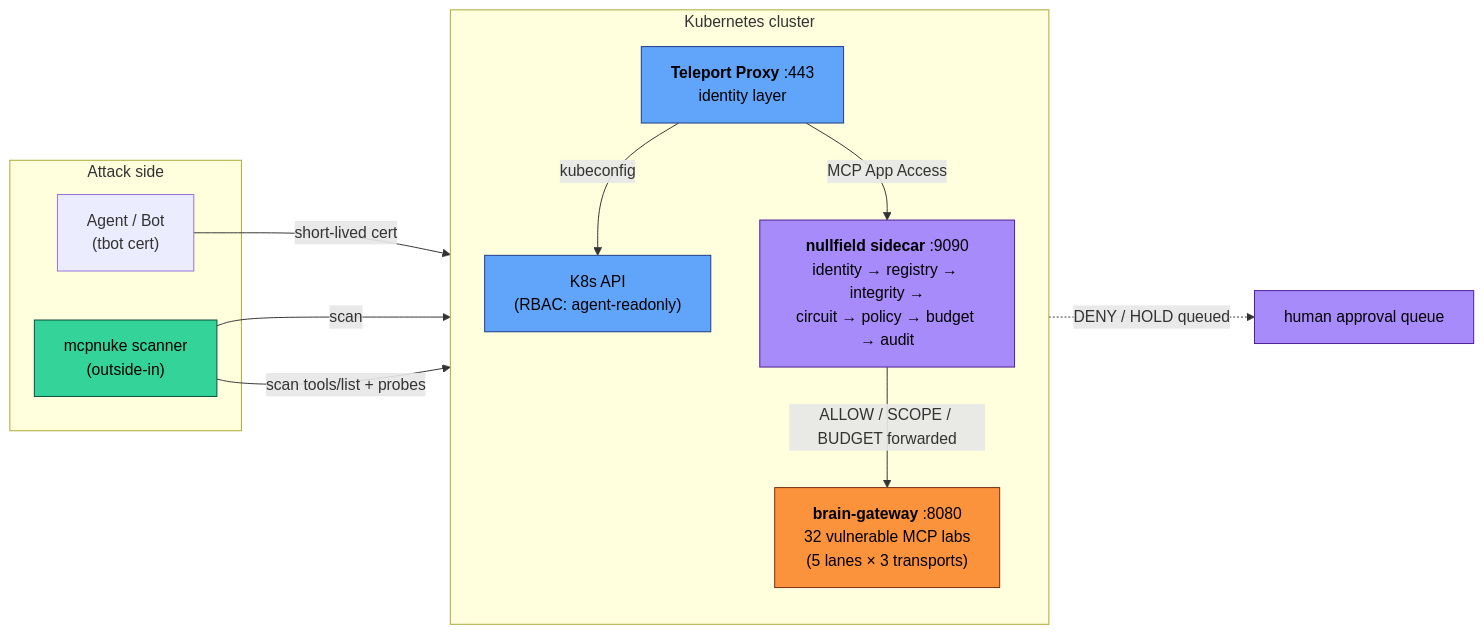
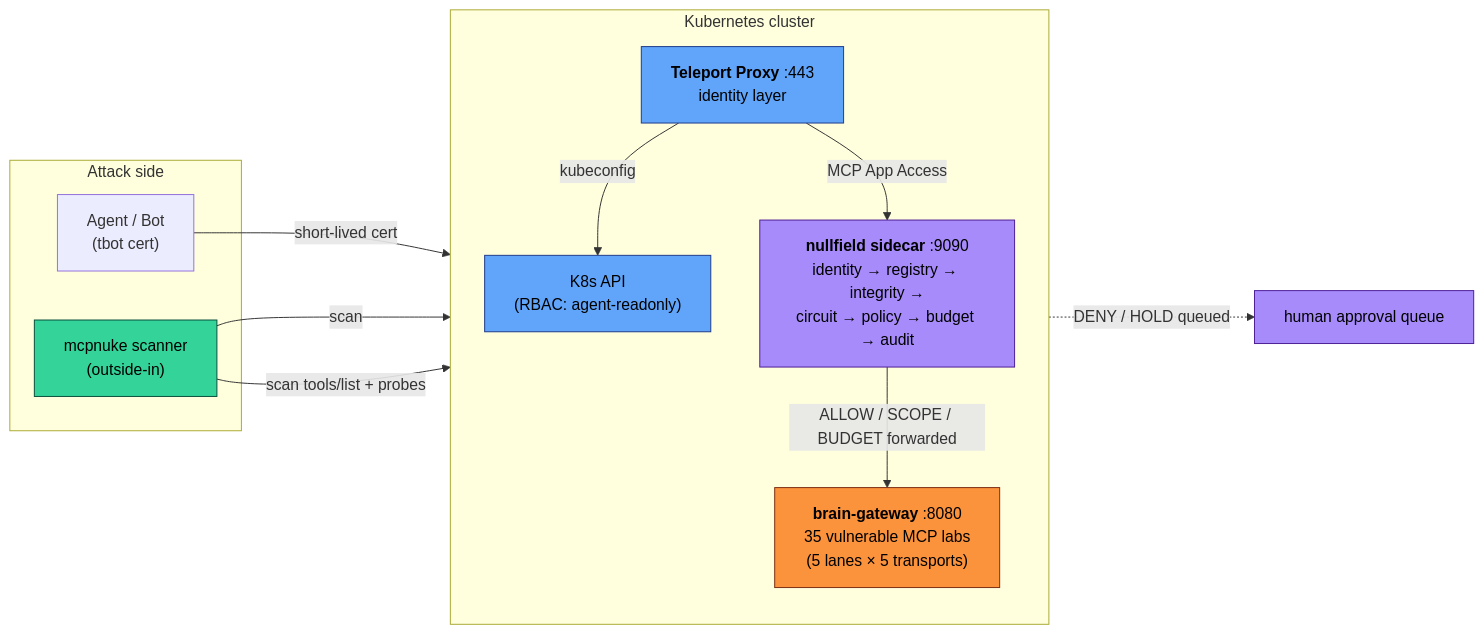
The diagram in docs/ecosystem.md (babywyrm/agentic-sec), drawn with Mermaid before and after one commit. The commit also changed other lines of this file, not shown here.

````diff
--- a/docs/ecosystem.md
+++ b/docs/ecosystem.md
@@ -139,32 +141,32 @@
 ```mermaid
 flowchart LR
   subgraph Attackers["Attack side"]
     BOT["Agent / Bot<br/>(tbot cert)"]
     MCPNUKE["mcpnuke scanner<br/>(outside-in)"]
   end
 
   subgraph Cluster["Kubernetes cluster"]
     direction TB
     TELEPORT["<b>Teleport Proxy</b> :443<br/>identity layer"]
     K8S["K8s API<br/>(RBAC: agent-readonly)"]
     NF["<b>nullfield sidecar</b> :9090<br/>identity → registry → integrity →<br/>circuit → policy → budget → audit"]
-    GW["<b>brain-gateway</b> :8080<br/>32 vulnerable MCP labs<br/>(5 lanes × 3 transports)"]
+    GW["<b>brain-gateway</b> :8080<br/>35 vulnerable MCP labs<br/>(5 lanes × 5 transports)"]
   end
 
   BOT -->|short-lived cert| TELEPORT
   TELEPORT -->|kubeconfig| K8S
   TELEPORT -->|MCP App Access| NF
   NF -->|ALLOW / SCOPE / BUDGET forwarded| GW
   NF -.->|DENY / HOLD queued| HOLDQ["human approval queue"]
   MCPNUKE -->|scan| TELEPORT
   MCPNUKE -->|scan tools/list + probes| GW
 
   classDef identity fill:#60a5fa,stroke:#1e3a8a,color:#000;
   classDef policy   fill:#a78bfa,stroke:#4c1d95,color:#000;
   classDef target   fill:#fb923c,stroke:#7c2d12,color:#000;
   classDef scanner  fill:#34d399,stroke:#064e3b,color:#000;
   class TELEPORT,K8S identity;
   class NF,HOLDQ policy;
   class GW target;
   class MCPNUKE scanner;
 ```
````
